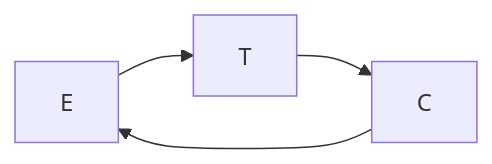
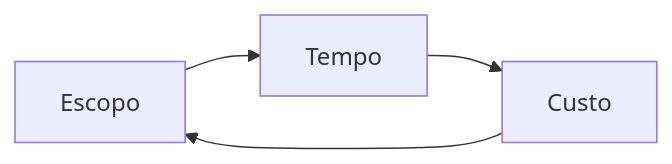
The diagram in 4sem/GP/2019-02-20.md (mrother/fatec), drawn with Mermaid before and after one commit. The commit also changed other lines of this file, not shown here.

Commit message:
4sem/GP/2019-02-20.md updated from https://stackedit.io/

````diff
--- a/4sem/GP/2019-02-20.md
+++ b/4sem/GP/2019-02-20.md
@@ -11,6 +11,6 @@
 ```mermaid
 graph LR
-    E --> T
-    T --> C
+    E[Escopo] --> T[Tempo]
+    T --> C[Custo]
     C --> E
 ```
````
